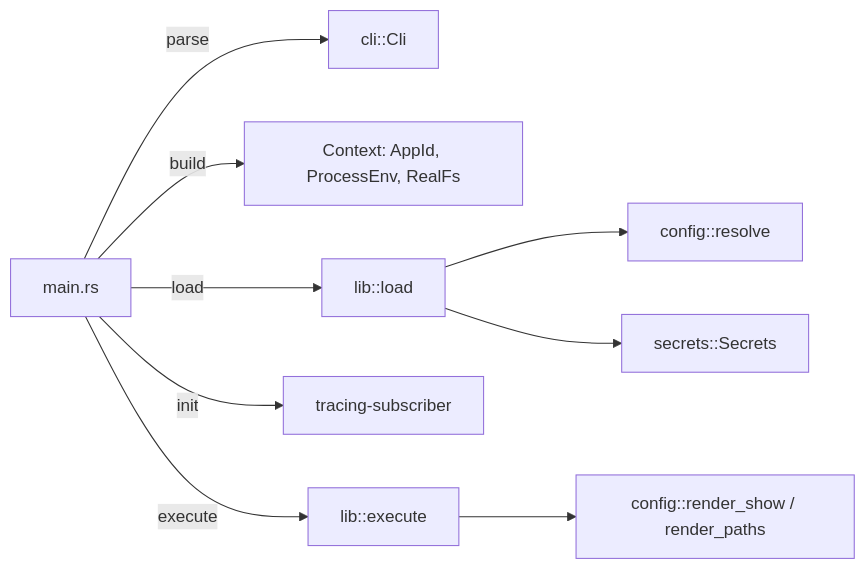
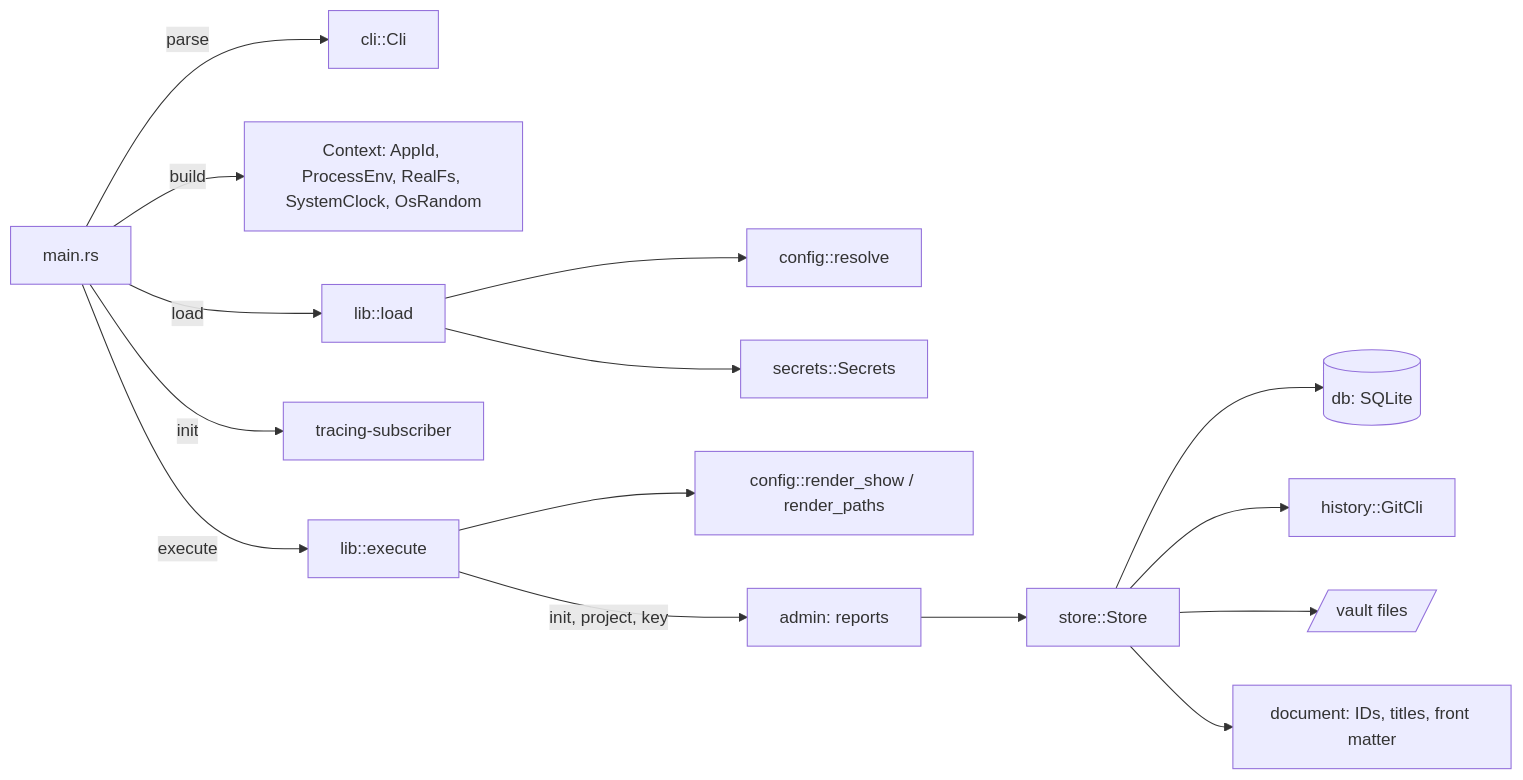
Before and after one commit to joelee/joedocs-mcp: the first of 2 diagrams in docs/architecture.md, drawn with Mermaid. The commit also changed other lines of this file and 32 other files, not shown here.

First line of the commit message:
Phase 1: document store, git history and admin commands

````diff
--- a/docs/architecture.md
+++ b/docs/architecture.md
@@ -7,11 +7,17 @@
 ```mermaid
 flowchart LR
     main[main.rs] -->|parse| cli[cli::Cli]
-    main -->|build| ctx[Context: AppId, ProcessEnv, RealFs]
+    main -->|build| ctx[Context: AppId, ProcessEnv, RealFs, SystemClock, OsRandom]
     main -->|load| load[lib::load]
     load --> resolve[config::resolve]
     load --> secrets[secrets::Secrets]
     main -->|init| tracing[tracing-subscriber]
     main -->|execute| exec[lib::execute]
     exec --> show[config::render_show / render_paths]
+    exec -->|init, project, key| admin[admin: reports]
+    admin --> store[store::Store]
+    store --> db[(db: SQLite)]
+    store --> history[history::GitCli]
+    store --> vault[/vault files/]
+    store --> document[document: IDs, titles, front matter]
 ```
````
